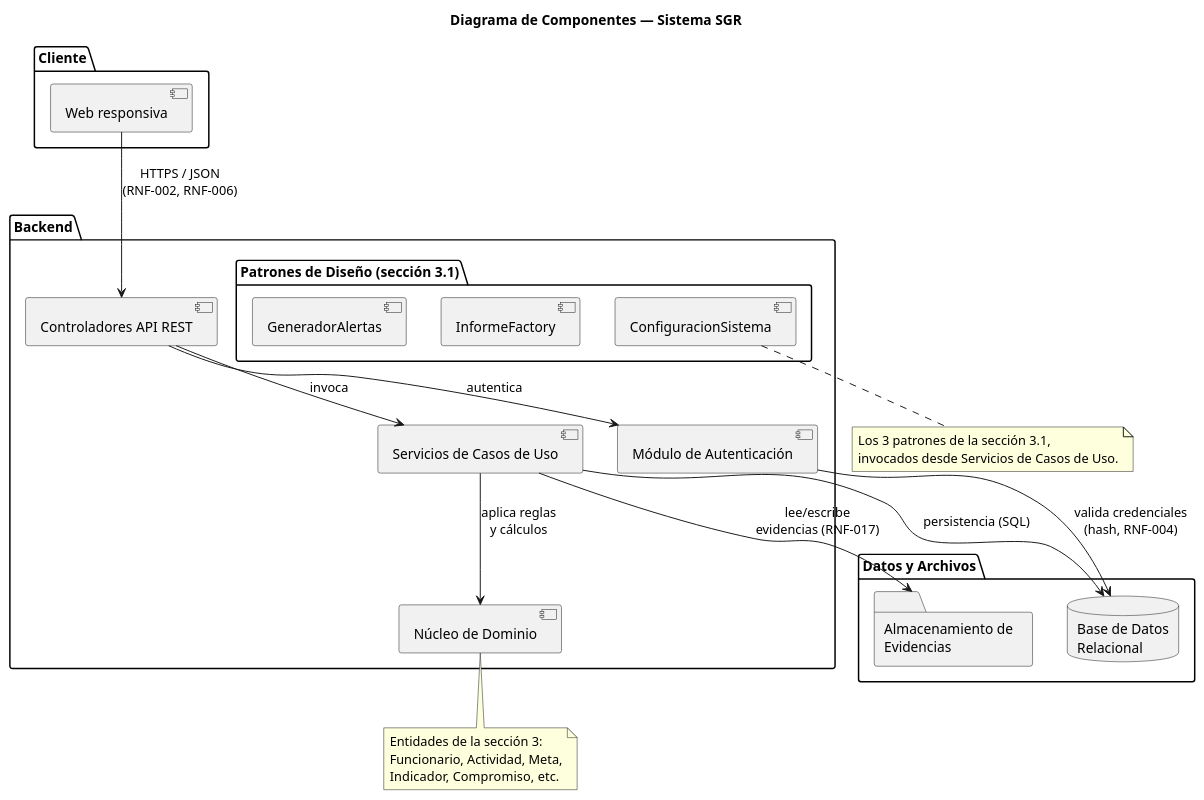
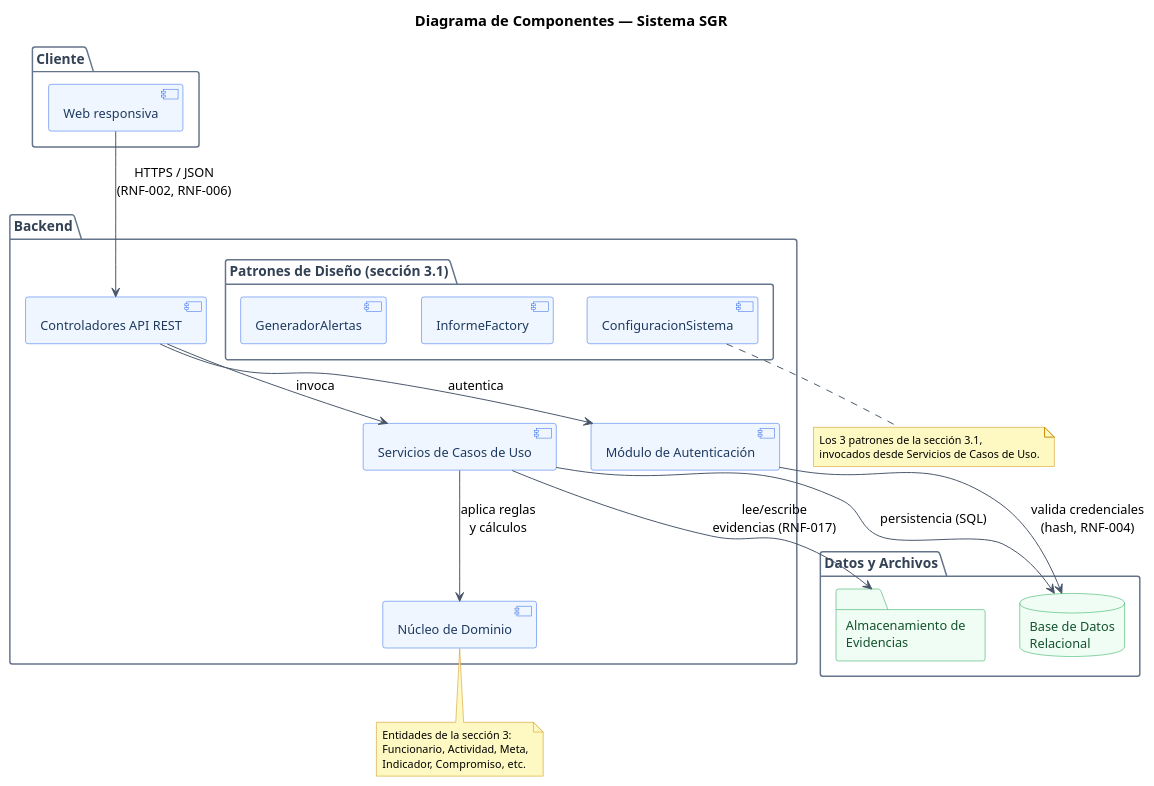
Before and after one commit to Ren-reno/ev1: the diagram in assets/actividad-3/componentes.puml, drawn with PlantUML. The commit also changed 3 other files, not shown here.

```diff
--- a/assets/actividad-3/componentes.puml
+++ b/assets/actividad-3/componentes.puml
@@ -1,44 +1,77 @@
 @startuml componentes
+skinparam backgroundColor white
+skinparam shadowing false
+skinparam component {
+  BackgroundColor #EFF6FF
+  BorderColor #2563EB
+  FontColor #1E3A5F
+  FontSize 13
+}
+skinparam package {
+  BorderColor #64748B
+  FontColor #334155
+  FontStyle bold
+}
+skinparam database {
+  BackgroundColor #F0FDF4
+  BorderColor #16A34A
+  FontColor #14532D
+  FontSize 13
+}
+skinparam folder {
+  BackgroundColor #F0FDF4
+  BorderColor #16A34A
+  FontColor #14532D
+  FontSize 13
+}
+skinparam note {
+  BackgroundColor #FEF9C3
+  BorderColor #CA8A04
+  FontSize 11
+}
+skinparam ArrowColor #475569
+skinparam TitleFontSize 15
+
 title Diagrama de Componentes — Sistema SGR
 
 package "Cliente" {
   [Web responsiva] as WEB
 }
 
 package "Backend" {
   [Controladores API REST] as API
   [Servicios de Casos de Uso] as SERV
   package "Patrones de Diseño (sección 3.1)" {
     [ConfiguracionSistema] as SINGLETON
     [InformeFactory] as FACTORY
     [GeneradorAlertas] as OBSERVER
   }
   [Módulo de Autenticación] as AUTH
   [Núcleo de Dominio] as DOM
 }
 
 package "Datos y Archivos" {
   database "Base de Datos\nRelacional" as BD
   folder "Almacenamiento de\nEvidencias" as FILES
 }
 
 WEB --> API : HTTPS / JSON\n(RNF-002, RNF-006)
 API --> SERV : invoca
 API --> AUTH : autentica
 SERV --> DOM : aplica reglas\ny cálculos
 SERV --> BD : persistencia (SQL)
 SERV --> FILES : lee/escribe\nevidencias (RNF-017)
 AUTH --> BD : valida credenciales\n(hash, RNF-004)
 
 note bottom of DOM
   Entidades de la sección 3:
   Funcionario, Actividad, Meta,
   Indicador, Compromiso, etc.
 end note
 
 note bottom of SINGLETON
   Los 3 patrones de la sección 3.1,
   invocados desde Servicios de Casos de Uso.
 end note
 
 @enduml
```
